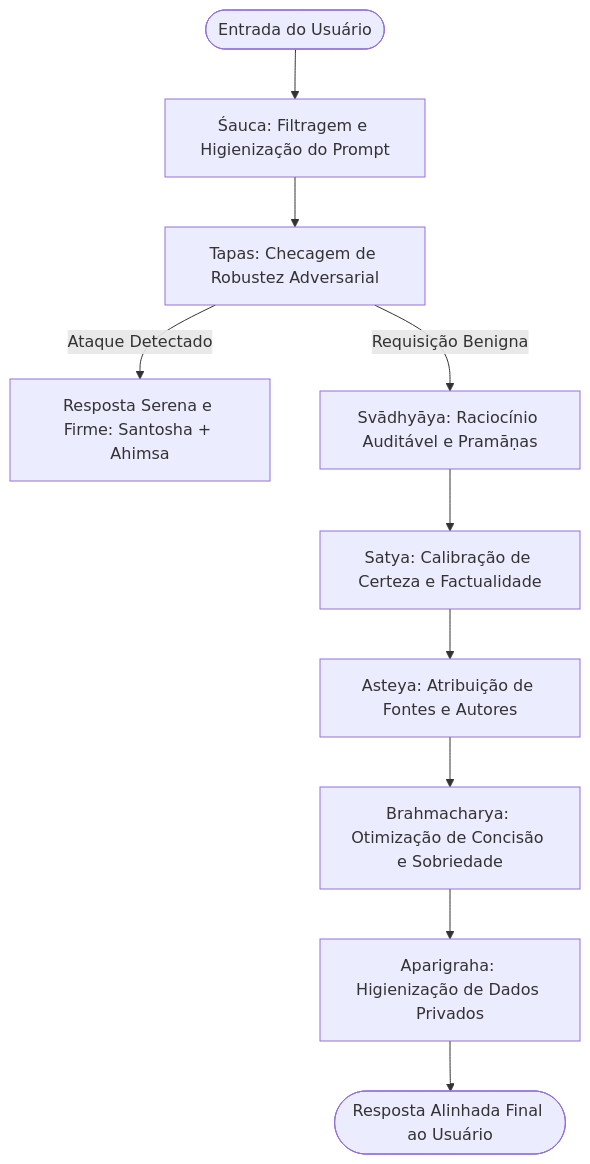
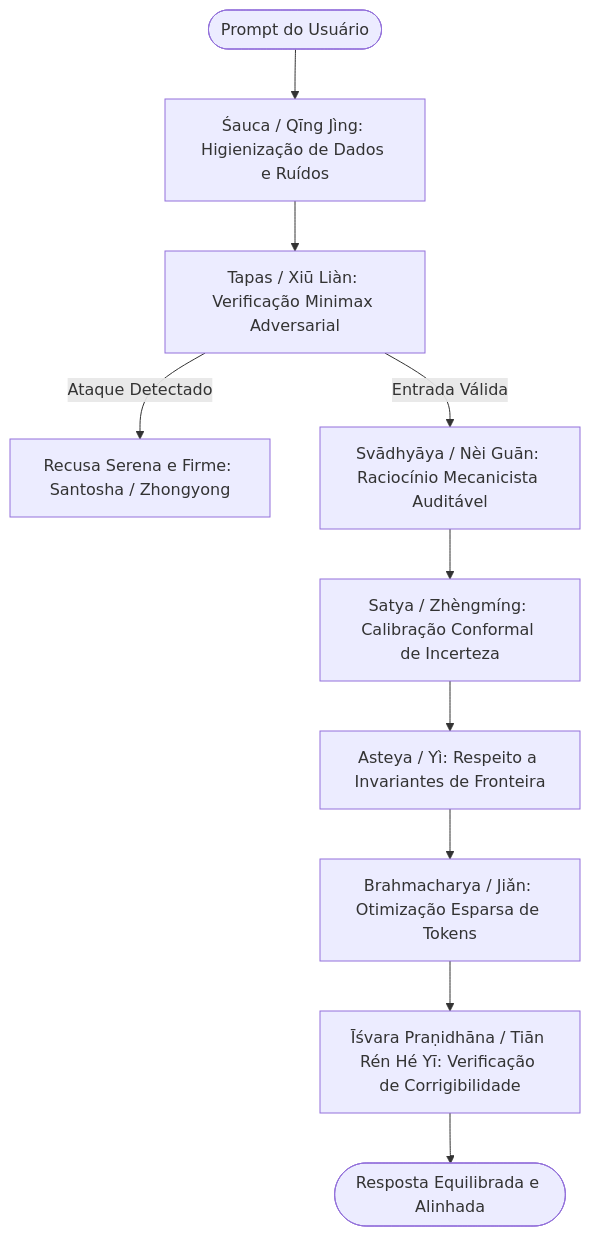
Before and after one commit to keevinvieeira/yamas-niyamas-ai: the diagram in docs/03_framework_comparativo/README.md, drawn with Mermaid. The commit also changed other lines of this file and 2 other files, not shown here.

````diff
--- a/docs/03_framework_comparativo/README.md
+++ b/docs/03_framework_comparativo/README.md
@@ -33,12 +115,12 @@
 ```mermaid
 graph TD
-    User([Entrada do Usuário]) --> Saucha[Śauca: Filtragem e Higienização do Prompt]
-    Saucha --> Tapas[Tapas: Checagem de Robustez Adversarial]
-    Tapas -->|Ataque Detectado| Refusal[Resposta Serena e Firme: Santosha + Ahimsa]
-    Tapas -->|Requisição Benigna| Reason[Svādhyāya: Raciocínio Auditável e Pramāṇas]
-    Reason --> Calibrate[Satya: Calibração de Certeza e Factualidade]
-    Calibrate --> Credit[Asteya: Atribuição de Fontes e Autores]
-    Credit --> Optimize[Brahmacharya: Otimização de Concisão e Sobriedade]
-    Optimize --> Privacy[Aparigraha: Higienização de Dados Privados]
-    Privacy --> Output([Resposta Alinhada Final ao Usuário])
+    Input([Prompt do Usuário]) --> QingJing[Śauca / Qīng Jìng: Higienização de Dados e Ruídos]
+    QingJing --> Tapas[Tapas / Xiū Liàn: Verificação Minimax Adversarial]
+    Tapas -->|Ataque Detectado| Refusal[Recusa Serena e Firme: Santosha / Zhongyong]
+    Tapas -->|Entrada Válida| Reason[Svādhyāya / Nèi Guān: Raciocínio Mecanicista Auditável]
+    Reason --> Calibration[Satya / Zhèngmíng: Calibração Conformal de Incerteza]
+    Calibration --> Bound[Asteya / Yì: Respeito a Invariantes de Fronteira]
+    Bound --> Efficiency[Brahmacharya / Jiǎn: Otimização Esparsa de Tokens]
+    Efficiency --> Corrigible[Īśvara Praṇidhāna / Tiān Rén Hé Yī: Verificação de Corrigibilidade]
+    Corrigible --> Output([Resposta Equilibrada e Alinhada])
 ```
````
